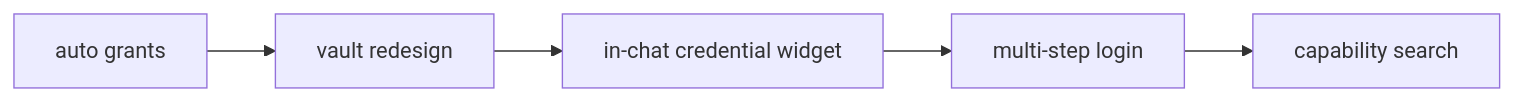
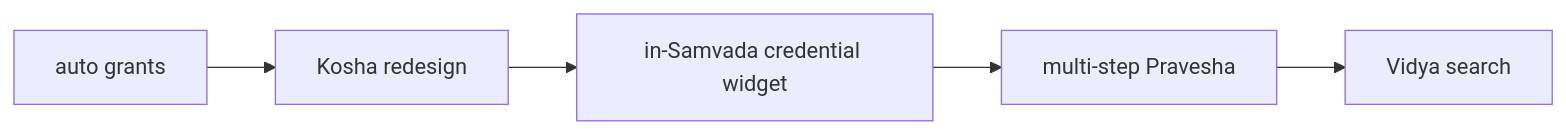
Before and after one commit to so-weak/Aakaar: the first of 5 diagrams in documentation/src/05-Roadmap.md, drawn with Mermaid. The commit also changed other lines of this file and 56 other files, not shown here.

````diff
--- a/documentation/src/05-Roadmap.md
+++ b/documentation/src/05-Roadmap.md
@@ -31,7 +31,7 @@
 ```mermaid
 flowchart LR
-  P1A["auto grants"] --> P1B["vault redesign"]
-  P1B --> P1C["in-chat credential widget"]
-  P1C --> P1D["multi-step login"]
-  P1D --> P1E["capability search"]
+  P1A["auto grants"] --> P1B["Kosha redesign"]
+  P1B --> P1C["in-Samvada credential widget"]
+  P1C --> P1D["multi-step Pravesha"]
+  P1D --> P1E["Vidya search"]
 ```
````
